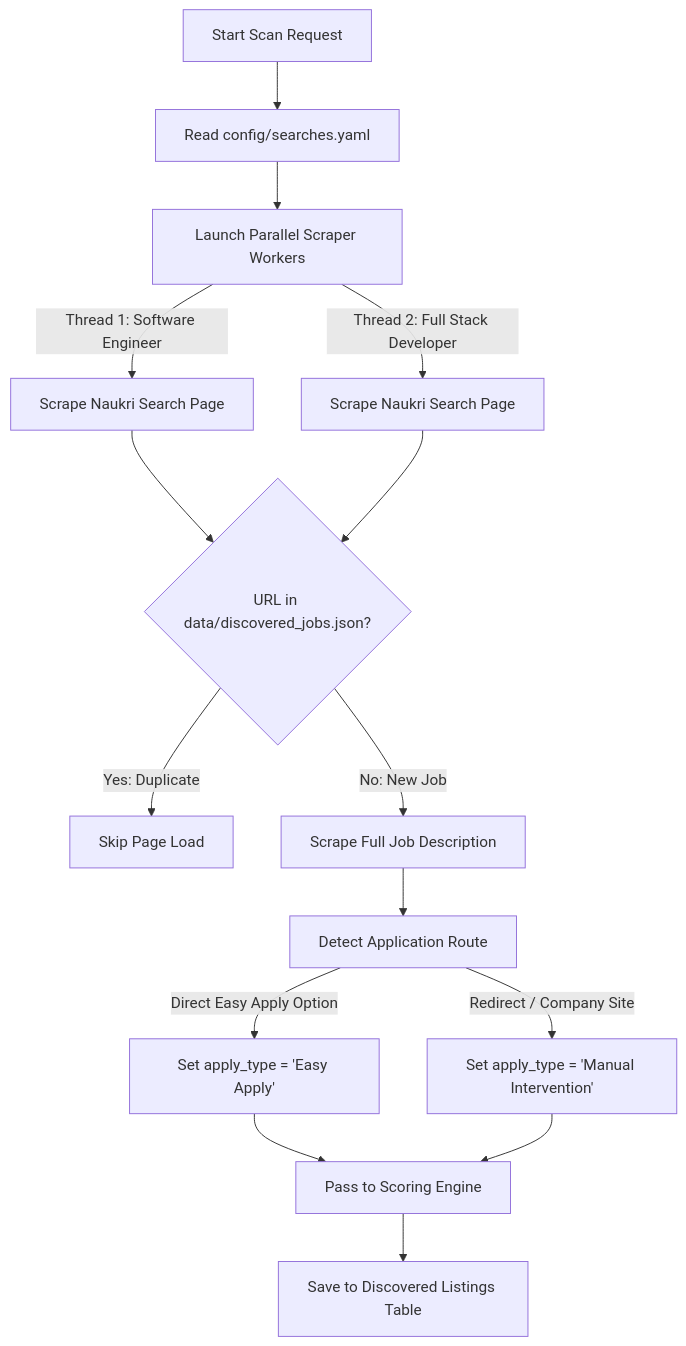
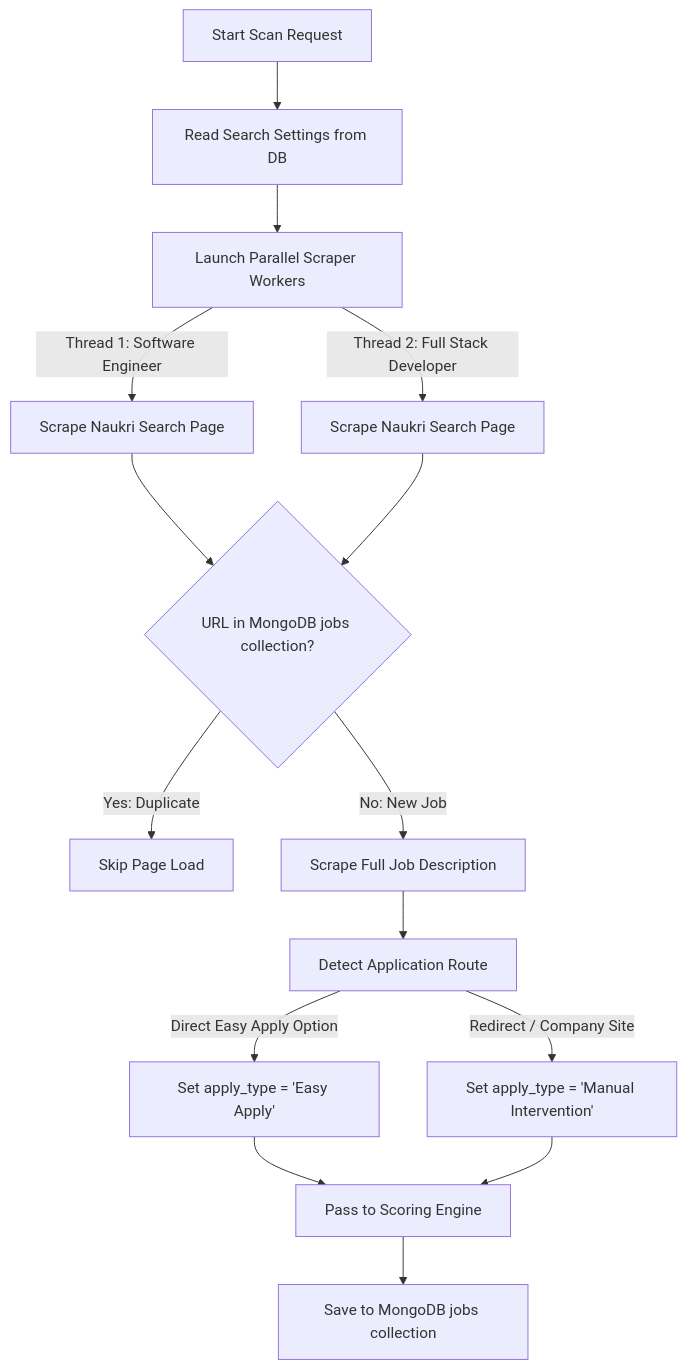
One commit to nitin048/job_application_system changed the first of 7 diagrams in doc/usermanual.md. Above: the diagram before and after it, drawn with Mermaid. The commit also changed other lines of this file and 22 other files, not shown here.

````diff
--- a/doc/usermanual.md
+++ b/doc/usermanual.md
@@ -46,15 +46,15 @@
 ```mermaid
 graph TD
-    A[Start Scan Request] --> B[Read config/searches.yaml]
+    A[Start Scan Request] --> B[Read Search Settings from DB]
     B --> C[Launch Parallel Scraper Workers]
     C -->|Thread 1: Software Engineer| D[Scrape Naukri Search Page]
     C -->|Thread 2: Full Stack Developer| E[Scrape Naukri Search Page]
-    D & E --> F{URL in data/discovered_jobs.json?}
+    D & E --> F{URL in MongoDB jobs collection?}
     F -->|Yes: Duplicate| G[Skip Page Load]
     F -->|No: New Job| H[Scrape Full Job Description]
     H --> I[Detect Application Route]
     I -->|Direct Easy Apply Option| J[Set apply_type = 'Easy Apply']
     I -->|Redirect / Company Site| K[Set apply_type = 'Manual Intervention']
     J & K --> L[Pass to Scoring Engine]
-    L --> M[Save to Discovered Listings Table]
+    L --> M[Save to MongoDB jobs collection]
 ```
````
